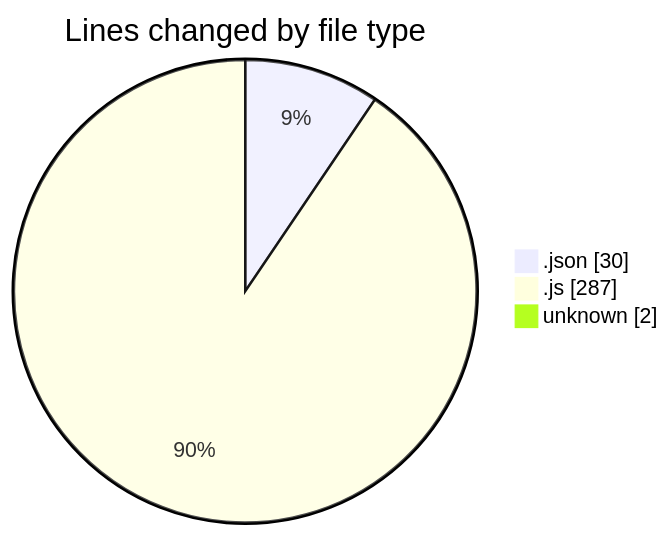
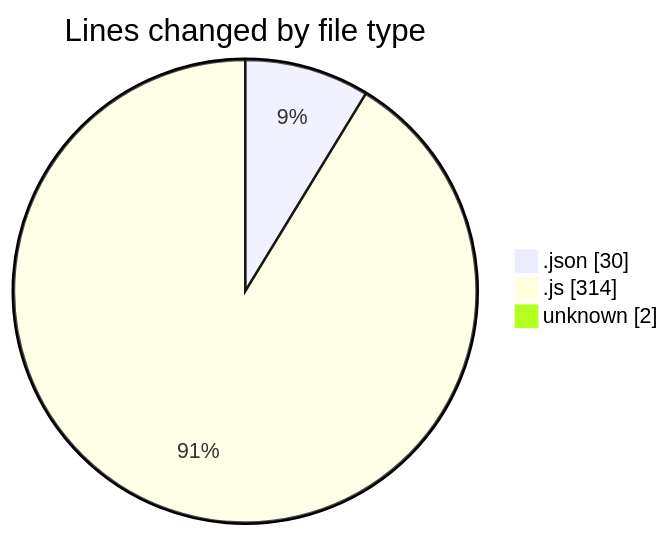
One commit to Ritupan-Deka/code-tracking changed the first of 2 diagrams in 2025-07-16/mern-workoutboard/README.md. Above: the diagram before and after it, drawn with Mermaid. The commit also changed other lines of this file and 1 other file, not shown here.

````diff
--- a/2025-07-16/mern-workoutboard/README.md
+++ b/2025-07-16/mern-workoutboard/README.md
@@ -23,7 +23,7 @@
 ```mermaid
 pie showData
 title Lines changed by file type
 ".json" : 30
-".js" : 287
+".js" : 314
 "unknown" : 2
 ```
````
